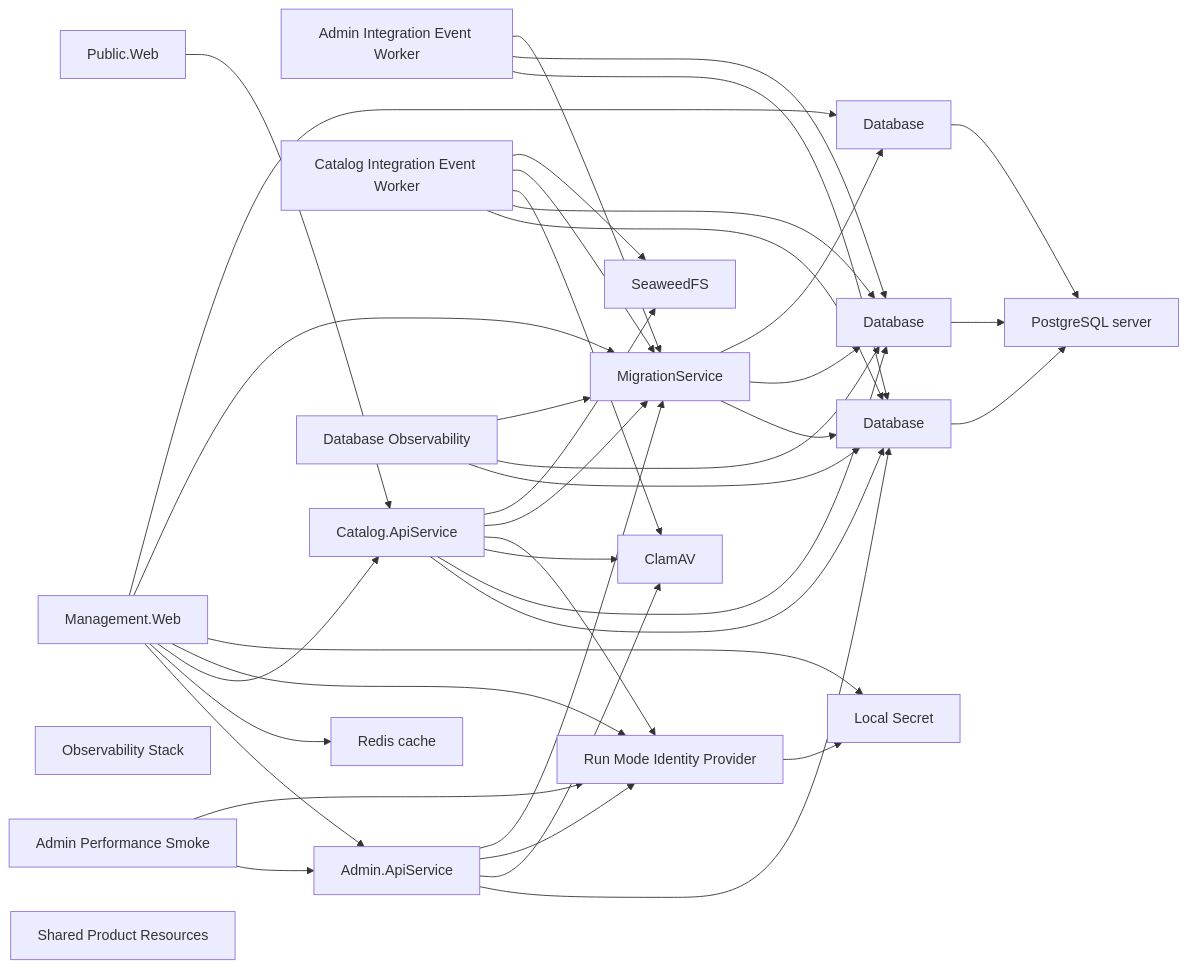
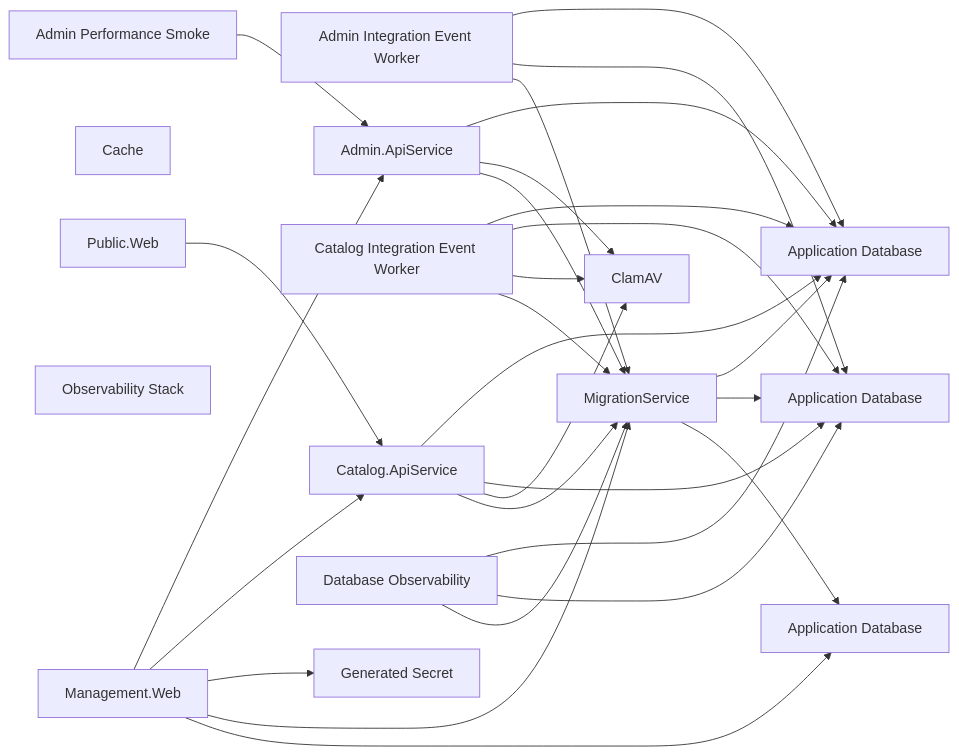
Before and after one commit to danigutsch/ViajantesTurismo: the diagram in docs/architecture/runtime-wiring-and-deployment.md, drawn with Mermaid. The commit also changed 1 other file, not shown here.

Commit message:
docs(architecture): regenerate the generated diagrams
The project graph gains Branding.Contracts.Http -> Resources and
Public.Web -> Branding.Contracts.Http and loses ServiceDefaults ->
Resources. The AppHost resource graph follows the SharedKernel hosting
helpers and optional external infrastructure, so the generator no
longer draws the conditionally created database server, identity
provider and SeaweedFS resources.

````diff
--- a/docs/architecture/runtime-wiring-and-deployment.md
+++ b/docs/architecture/runtime-wiring-and-deployment.md
@@ -21,61 +21,46 @@
 ```mermaid
 flowchart LR
     AdminIntegrationEventWorker[Admin Integration Event Worker]
     AdminPerformanceSmoke[Admin Performance Smoke]
     apiService[Admin.ApiService]
+    adminDatabase[Application Database]
+    catalogDatabase[Application Database]
+    securityDatabase[Application Database]
+    Cache[Cache]
     CatalogIntegrationEventWorker[Catalog Integration Event Worker]
     catalogApiService[Catalog.ApiService]
     clamAv[ClamAV]
-    adminDatabase[Database]
-    catalogDatabase[Database]
-    securityDatabase[Database]
     DatabaseObservability[Database Observability]
-    managementWebClientSecret[Local Secret]
+    managementWebClientSecret[Generated Secret]
     ManagementWeb[Management.Web]
     migrationService[MigrationService]
     ObservabilityStack[Observability Stack]
-    databaseServer[PostgreSQL server]
     PublicWeb[Public.Web]
-    cache[Redis cache]
-    identityProvider[Run Mode Identity Provider]
-    seaweedFs[SeaweedFS]
-    SharedProductResources[Shared Product Resources]
     AdminIntegrationEventWorker --> adminDatabase
     AdminIntegrationEventWorker --> catalogDatabase
     AdminIntegrationEventWorker --> migrationService
     AdminPerformanceSmoke --> apiService
-    AdminPerformanceSmoke --> identityProvider
     CatalogIntegrationEventWorker --> adminDatabase
     CatalogIntegrationEventWorker --> catalogDatabase
     CatalogIntegrationEventWorker --> clamAv
     CatalogIntegrationEventWorker --> migrationService
-    CatalogIntegrationEventWorker --> seaweedFs
     DatabaseObservability --> adminDatabase
     DatabaseObservability --> catalogDatabase
     DatabaseObservability --> migrationService
     ManagementWeb --> apiService
-    ManagementWeb --> cache
     ManagementWeb --> catalogApiService
-    ManagementWeb --> identityProvider
     ManagementWeb --> managementWebClientSecret
     ManagementWeb --> migrationService
     ManagementWeb --> securityDatabase
     PublicWeb --> catalogApiService
-    adminDatabase --> databaseServer
     apiService --> adminDatabase
     apiService --> clamAv
-    apiService --> identityProvider
     apiService --> migrationService
     catalogApiService --> adminDatabase
     catalogApiService --> catalogDatabase
     catalogApiService --> clamAv
-    catalogApiService --> identityProvider
     catalogApiService --> migrationService
-    catalogApiService --> seaweedFs
-    catalogDatabase --> databaseServer
-    identityProvider --> managementWebClientSecret
     migrationService --> adminDatabase
     migrationService --> catalogDatabase
     migrationService --> securityDatabase
-    securityDatabase --> databaseServer
 ```
````
